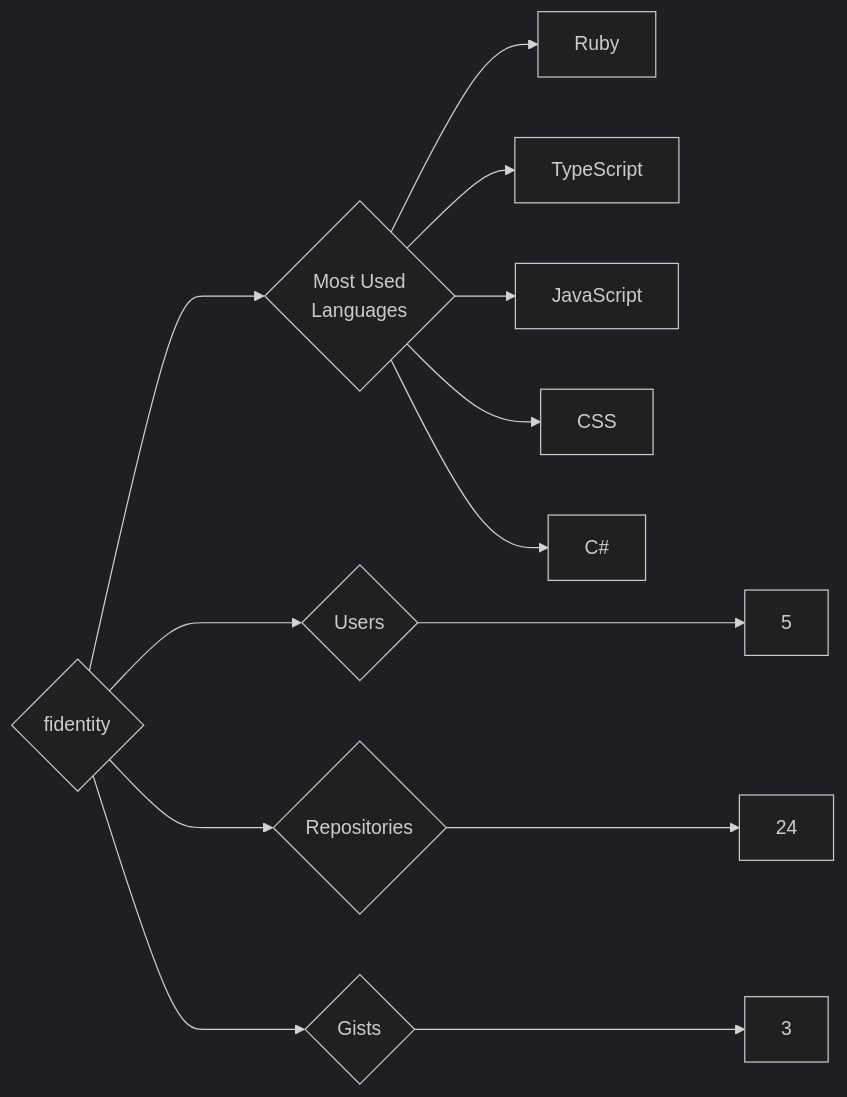
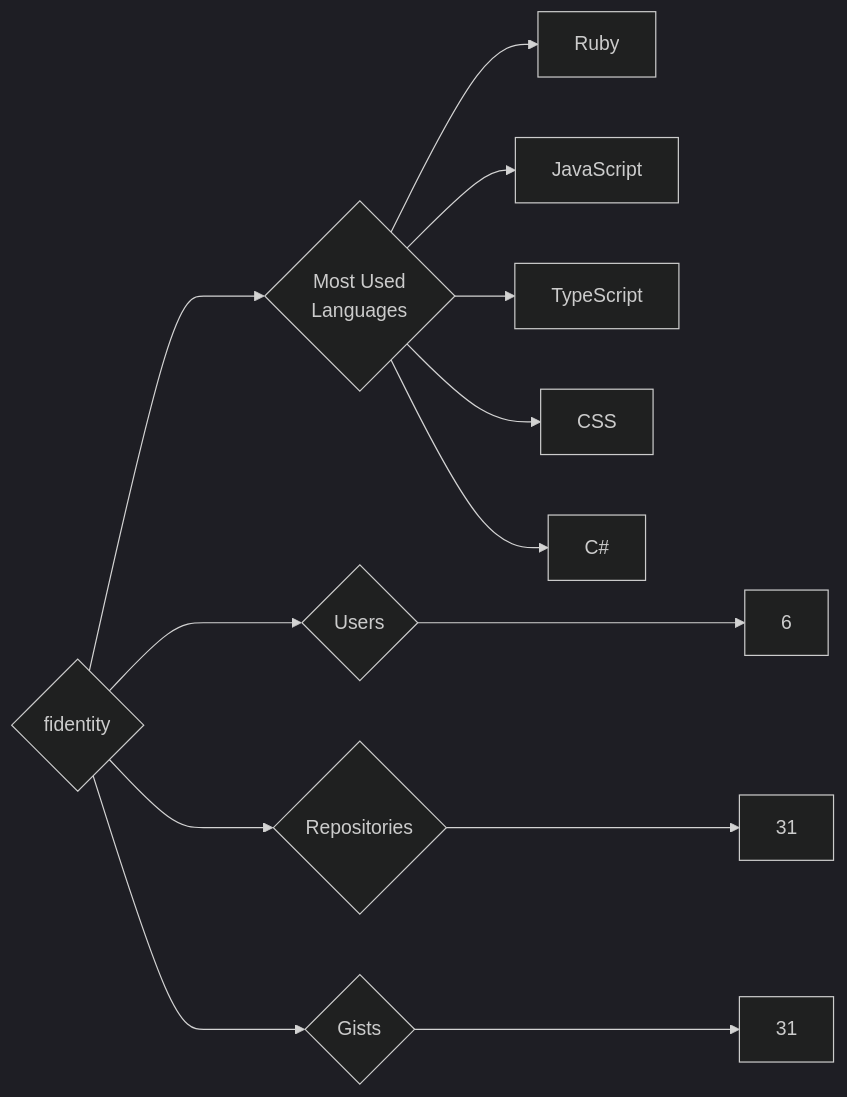
Before and after one commit to trickest/insiders: the diagram in targets/fidentity/README.md, drawn with Mermaid (dark theme). The commit also changed 1170 other files, not shown here.

````diff
--- a/targets/fidentity/README.md
+++ b/targets/fidentity/README.md
@@ -3,13 +3,13 @@
 ```mermaid
 graph LR
 COMPANY_NAME{fidentity}
-COMPANY_NAME ---> U{Users} ---> UN[5]
-COMPANY_NAME ---> R{Repositories} ---> RN[24]
-COMPANY_NAME ---> G{Gists} ---> GN[3]
+COMPANY_NAME ---> U{Users} ---> UN[6]
+COMPANY_NAME ---> R{Repositories} ---> RN[31]
+COMPANY_NAME ---> G{Gists} ---> GN[31]
 COMPANY_NAME ---> ML{Most Used<br>Languages}
 ML --> Ruby[Ruby]
+ML --> JavaScript[JavaScript]
 ML --> TypeScript[TypeScript]
-ML --> JavaScript[JavaScript]
 ML --> CSS[CSS]
 ML --> C#[C#]
 ```
````
